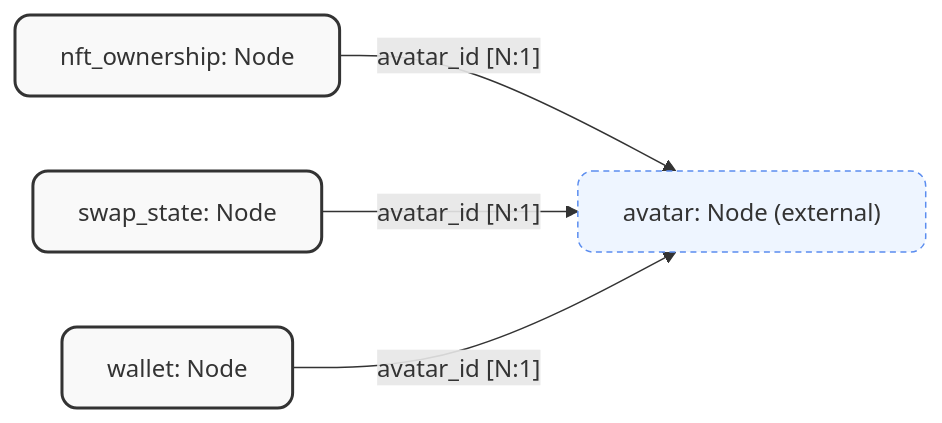
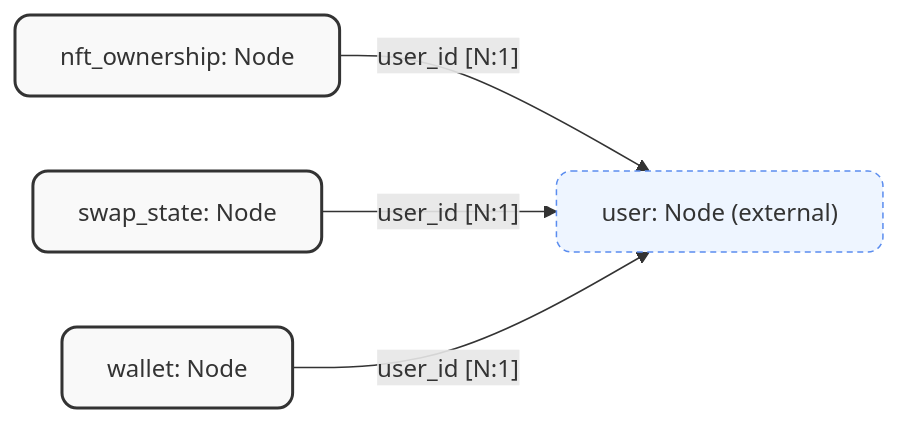
The diagram in Persistence/SurrealDb/Generated/Flowcharts/wallet_nft.flowchart.mermaid (JadeZaher/azoa-autonomous-zones-of-action), drawn with Mermaid before and after one commit. The commit also changed 1347 other files, not shown here.

```diff
--- a/Persistence/SurrealDb/Generated/Flowcharts/wallet_nft.flowchart.mermaid
+++ b/Persistence/SurrealDb/Generated/Flowcharts/wallet_nft.flowchart.mermaid
@@ -1,20 +1,20 @@
 graph LR
     %% Slice: wallet_nft
     %% GENERATED FILE -- do not edit. Source: SurrealDB schema attribute scan.
     %% Regenerate with: dotnet run --project packages/SurrealForge.Schema -- flowcharts
 
     %% Nodes in this slice
     nft_ownership["nft_ownership: Node"]:::nodeClass
     swap_state["swap_state: Node"]:::nodeClass
     wallet["wallet: Node"]:::nodeClass
 
     %% Cross-slice targets (rendered as ghost nodes)
-    avatar["avatar: Node (external)"]:::externalNode
+    user["user: Node (external)"]:::externalNode
 
     %% Edges (outbound from this slice)
-    nft_ownership -- "avatar_id [N:1]" --> avatar
-    swap_state -- "avatar_id [N:1]" --> avatar
-    wallet -- "avatar_id [N:1]" --> avatar
+    nft_ownership -- "user_id [N:1]" --> user
+    swap_state -- "user_id [N:1]" --> user
+    wallet -- "user_id [N:1]" --> user
 
     classDef nodeClass fill:#f9f9f9,stroke:#333,stroke-width:2px,rx:10px,ry:10px;
     classDef externalNode fill:#eef5ff,stroke:#5b8def,stroke-width:1px,stroke-dasharray:4 3,rx:10px,ry:10px;
```
